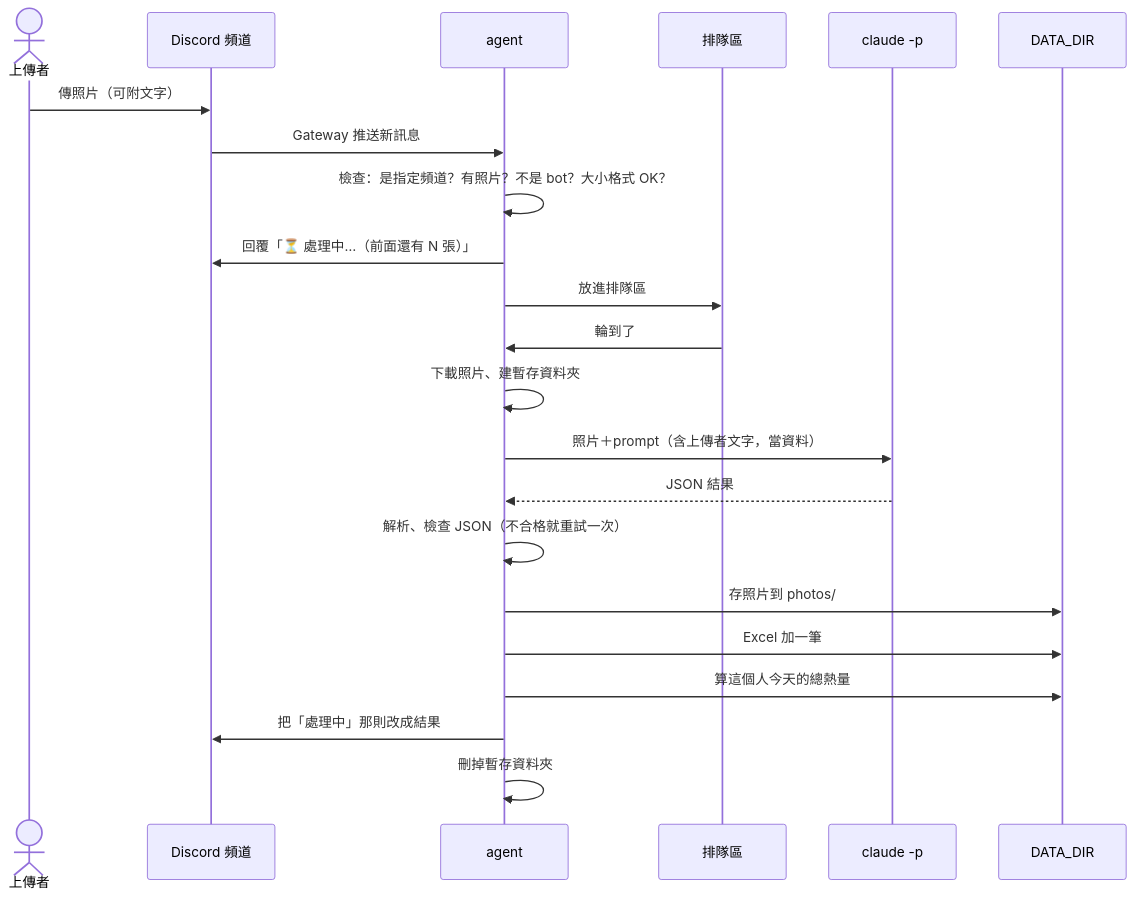
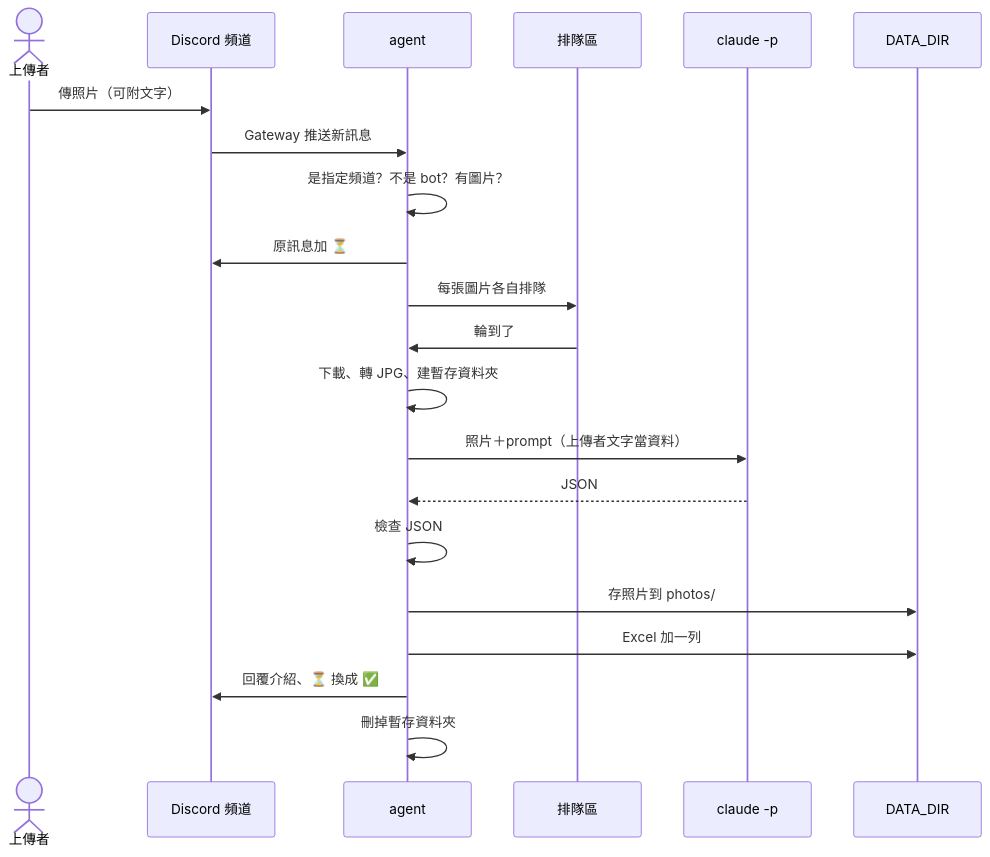
One commit to kanew0706-code/ch4 changed the second of 2 diagrams in docs/architecture.md. Above: the diagram before and after it, drawn with Mermaid. The commit also changed other lines of this file and 18 other files, not shown here.

````diff
--- a/docs/architecture.md
+++ b/docs/architecture.md
@@ -128,25 +132,24 @@
 ```mermaid
 sequenceDiagram
     actor U as 上傳者
     participant D as Discord 頻道
     participant A as agent
     participant Q as 排隊區
     participant C as claude -p
     participant F as DATA_DIR
 
     U->>D: 傳照片（可附文字）
     D->>A: Gateway 推送新訊息
-    A->>A: 檢查：是指定頻道？有照片？不是 bot？大小格式 OK？
-    A->>D: 回覆「⏳ 處理中…（前面還有 N 張）」
-    A->>Q: 放進排隊區
+    A->>A: 是指定頻道？不是 bot？有圖片？
+    A->>D: 原訊息加 ⏳
+    A->>Q: 每張圖片各自排隊
     Q->>A: 輪到了
-    A->>A: 下載照片、建暫存資料夾
-    A->>C: 照片＋prompt（含上傳者文字，當資料）
-    C-->>A: JSON 結果
-    A->>A: 解析、檢查 JSON（不合格就重試一次）
+    A->>A: 下載、轉 JPG、建暫存資料夾
+    A->>C: 照片＋prompt（上傳者文字當資料）
+    C-->>A: JSON
+    A->>A: 檢查 JSON
     A->>F: 存照片到 photos/
-    A->>F: Excel 加一筆
-    A->>F: 算這個人今天的總熱量
-    A->>D: 把「處理中」那則改成結果
+    A->>F: Excel 加一列
+    A->>D: 回覆介紹、⏳ 換成 ✅
     A->>A: 刪掉暫存資料夾
 ```
````
